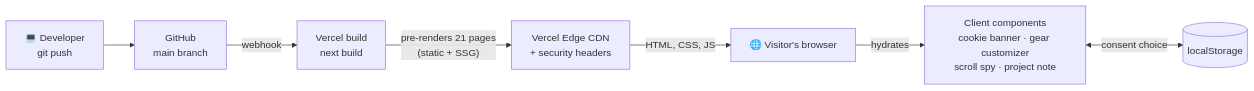
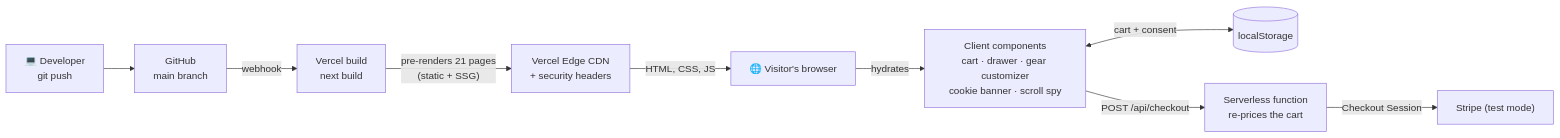
The first of 5 diagrams in README.md (AmaanAli1/rep-theory), drawn with Mermaid before and after one commit. The commit also changed other lines of this file, not shown here.

````diff
--- a/README.md
+++ b/README.md
@@ -111,9 +149,11 @@
 ```mermaid
 flowchart LR
     Dev["💻 Developer<br/>git push"] --> GH["GitHub<br/>main branch"]
     GH -->|webhook| Build["Vercel build<br/>next build"]
     Build -->|"pre-renders 21 pages<br/>(static + SSG)"| CDN["Vercel Edge CDN<br/>+ security headers"]
     CDN -->|HTML, CSS, JS| Browser["🌐 Visitor's browser"]
-    Browser -->|hydrates| Client["Client components<br/>cookie banner · gear customizer<br/>scroll spy · project note"]
-    Client <-->|consent choice| LS[("localStorage")]
+    Browser -->|hydrates| Client["Client components<br/>cart · drawer · gear customizer<br/>cookie banner · scroll spy"]
+    Client <-->|cart + consent| LS[("localStorage")]
+    Client -->|"POST /api/checkout"| API["Serverless function<br/>re-prices the cart"]
+    API -->|Checkout Session| Stripe["Stripe (test mode)"]
 ```
````
